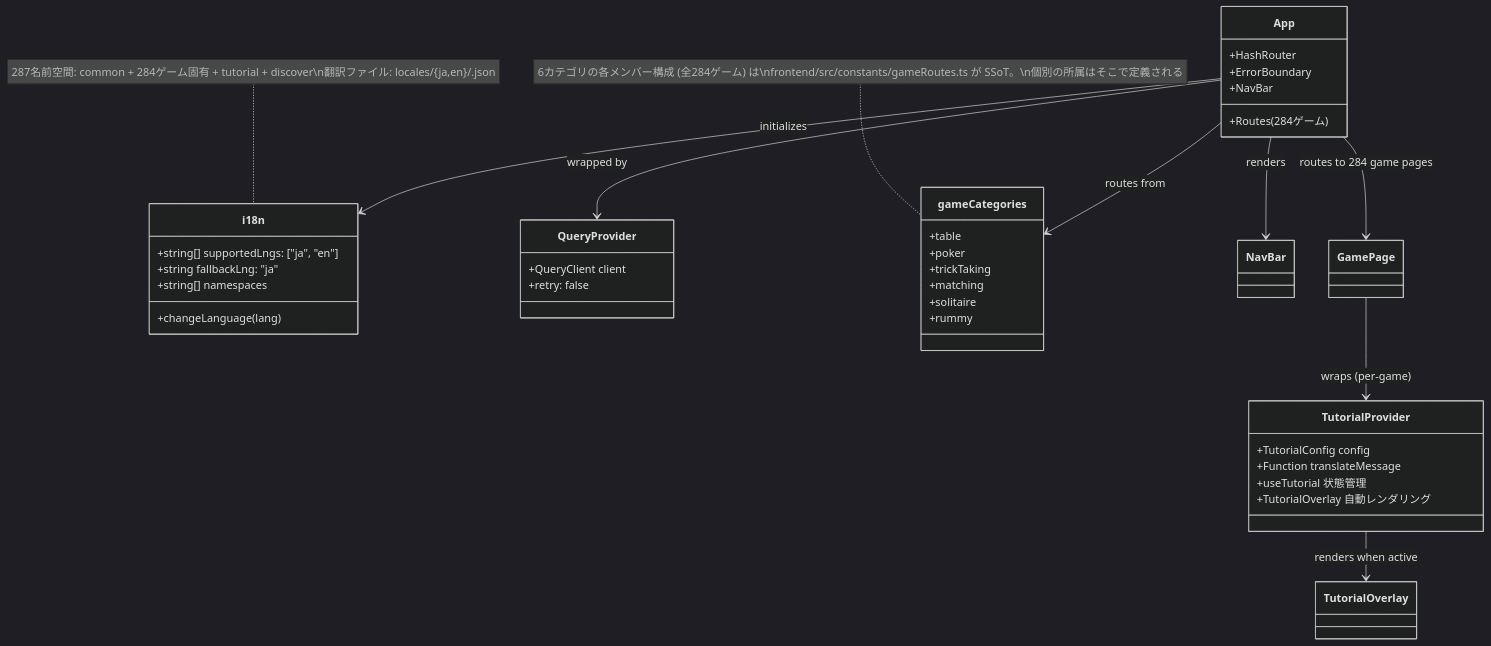
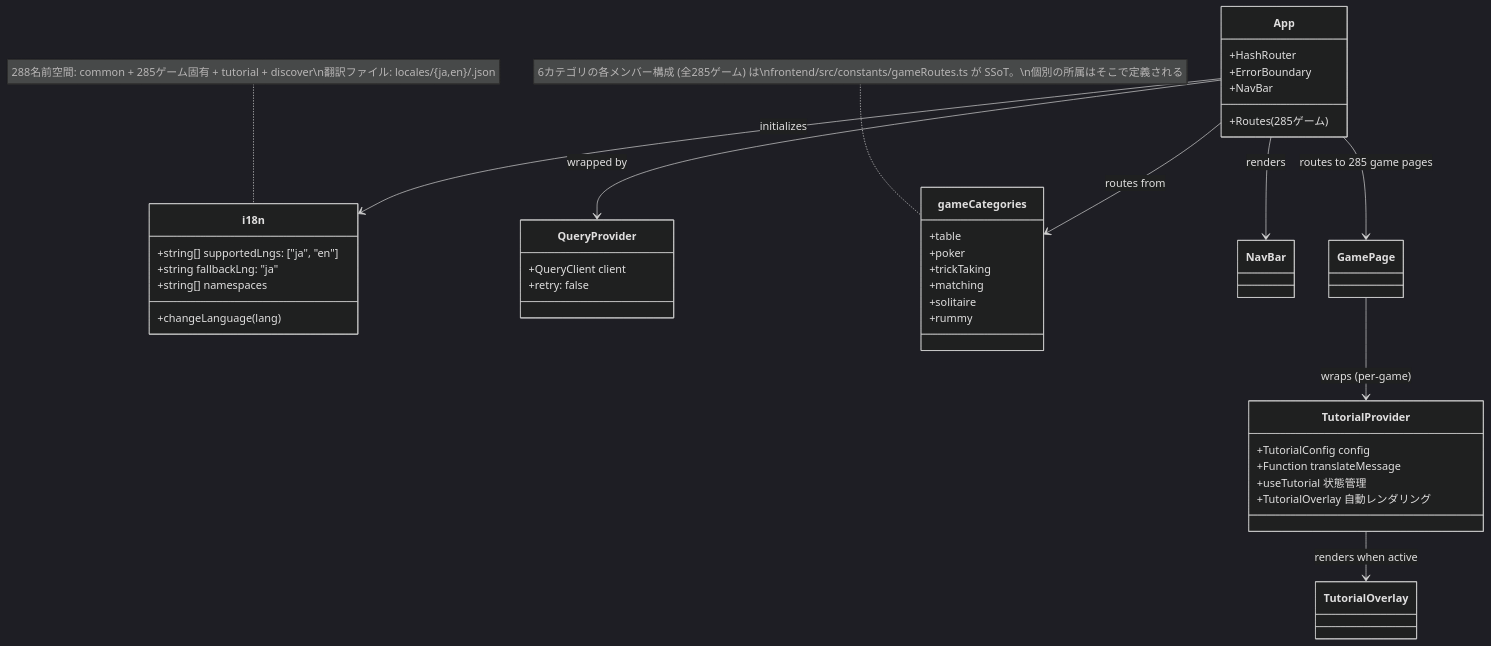
The ninth of 49 diagrams in docs/design/frontend.md (yuta-yoshinaga/go_trumpcards), drawn with Mermaid (dark theme) before and after one commit. The commit also changed other lines of this file and 61 other files, not shown here.

````diff
--- a/docs/design/frontend.md
+++ b/docs/design/frontend.md
@@ -1869,48 +1869,48 @@
 ```mermaid
 classDiagram
     class i18n {
         +string[] supportedLngs: ["ja", "en"]
         +string fallbackLng: "ja"
         +string[] namespaces
         +changeLanguage(lang)
     }
 
     class QueryProvider {
         +QueryClient client
         +retry: false
     }
 
     class App {
         +HashRouter
         +ErrorBoundary
         +NavBar
-        +Routes (284ゲーム)
+        +Routes (285ゲーム)
     }
 
     class gameCategories {
         +table
         +poker
         +trickTaking
         +matching
         +solitaire
         +rummy
     }
-    note for gameCategories "6カテゴリの各メンバー構成 (全284ゲーム) は\nfrontend/src/constants/gameRoutes.ts が SSoT。\n個別の所属はそこで定義される"
+    note for gameCategories "6カテゴリの各メンバー構成 (全285ゲーム) は\nfrontend/src/constants/gameRoutes.ts が SSoT。\n個別の所属はそこで定義される"
 
     class TutorialProvider {
         +TutorialConfig config
         +Function translateMessage
         +useTutorial 状態管理
         +TutorialOverlay 自動レンダリング
     }
 
     App --> QueryProvider : wrapped by
     App --> i18n : initializes
     App --> gameCategories : routes from
     App --> NavBar : renders
-    App --> GamePage : routes to 284 game pages
+    App --> GamePage : routes to 285 game pages
     GamePage --> TutorialProvider : wraps (per-game)
     TutorialProvider --> TutorialOverlay : renders when active
 
-    note for i18n "287名前空間: common + 284ゲーム固有 + tutorial + discover\n翻訳ファイル: locales/{ja,en}/<game>.json"
+    note for i18n "288名前空間: common + 285ゲーム固有 + tutorial + discover\n翻訳ファイル: locales/{ja,en}/<game>.json"
 ```
````
